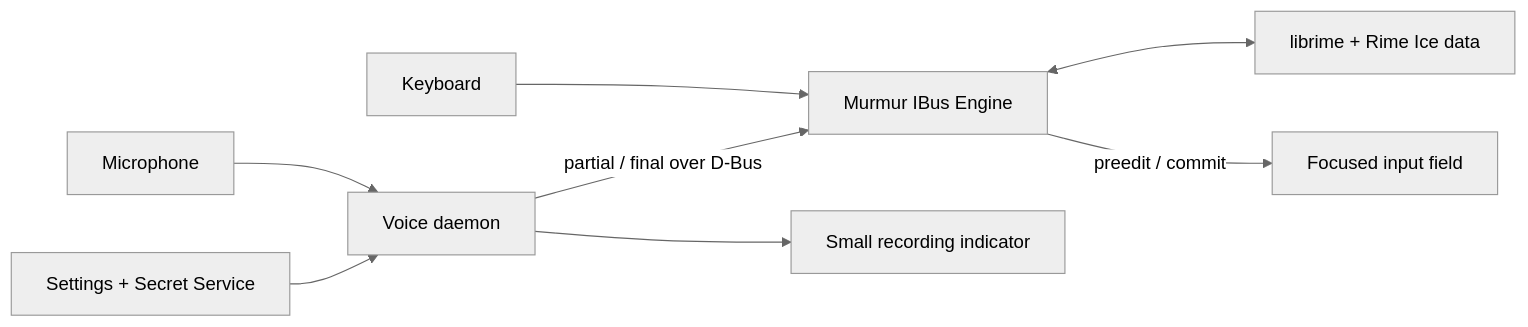
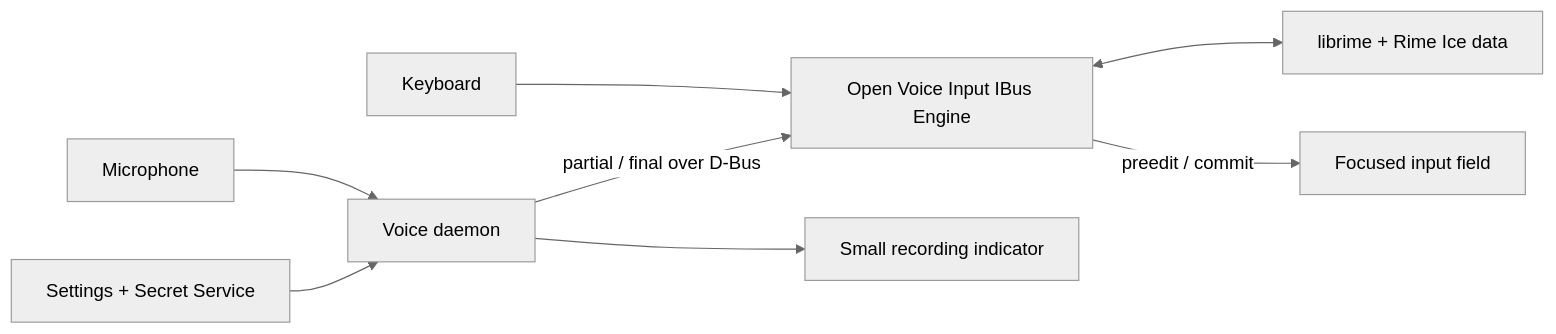
Before and after one commit to SidUParis/openVoiceInput_linux: the diagram in README.md, drawn with Mermaid (neutral theme). The commit also changed other lines of this file and 24 other files, not shown here.

````diff
--- a/README.md
+++ b/README.md
@@ -40,10 +43,10 @@
 ```mermaid
 flowchart LR
-    K["Keyboard"] --> E["Murmur IBus Engine"]
+    K["Keyboard"] --> E["Open Voice Input IBus Engine"]
     E <--> R["librime + Rime Ice data"]
     M["Microphone"] --> V["Voice daemon"]
     S["Settings + Secret Service"] --> V
     V -->|"partial / final over D-Bus"| E
     E -->|"preedit / commit"| F["Focused input field"]
     V --> I["Small recording indicator"]
 ```
````
